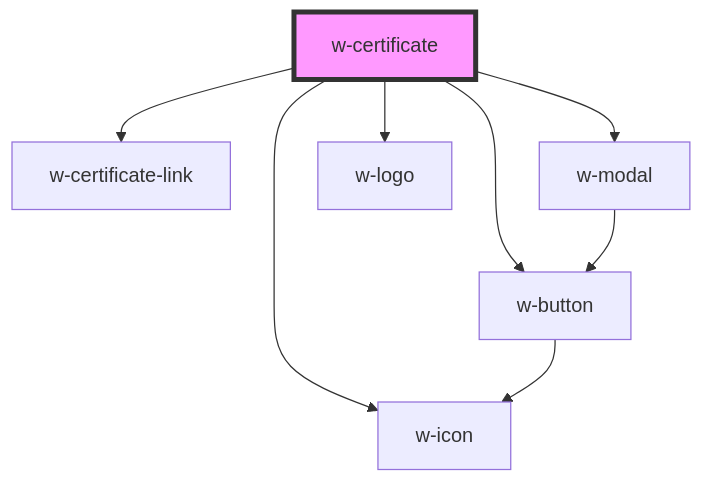
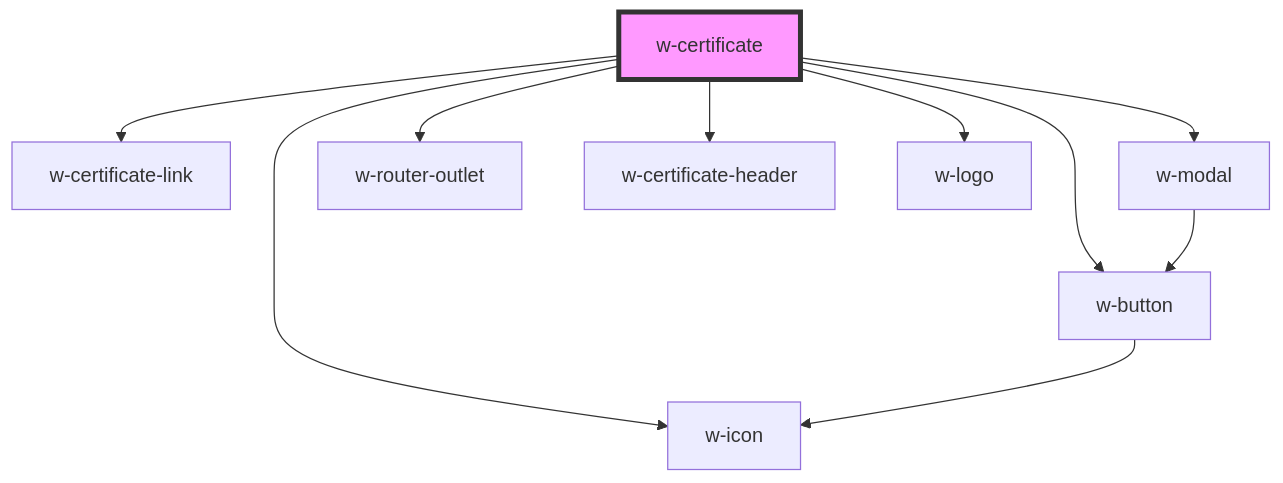
The diagram in src/components/w-certificate/readme.md (wordproof/ui), drawn with Mermaid before and after one commit. The commit also changed other lines of this file and 3 other files, not shown here.

````diff
--- a/src/components/w-certificate/readme.md
+++ b/src/components/w-certificate/readme.md
@@ -27,11 +29,13 @@
 ```mermaid
 graph TD;
   w-certificate --> w-certificate-link
   w-certificate --> w-modal
   w-certificate --> w-button
+  w-certificate --> w-router-outlet
+  w-certificate --> w-certificate-header
   w-certificate --> w-logo
   w-certificate --> w-icon
   w-modal --> w-button
   w-button --> w-icon
   style w-certificate fill:#f9f,stroke:#333,stroke-width:4px
 ```
````
